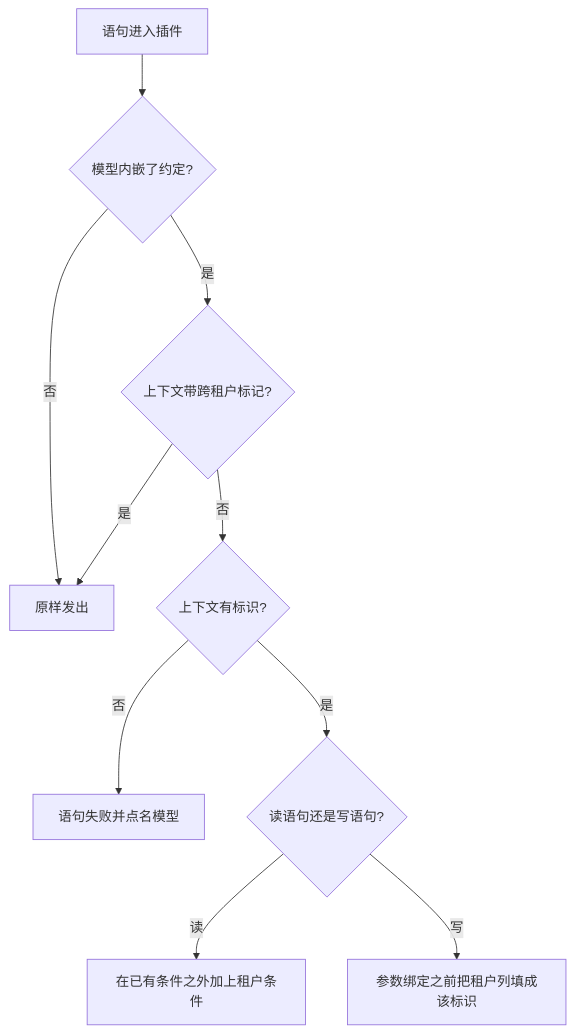
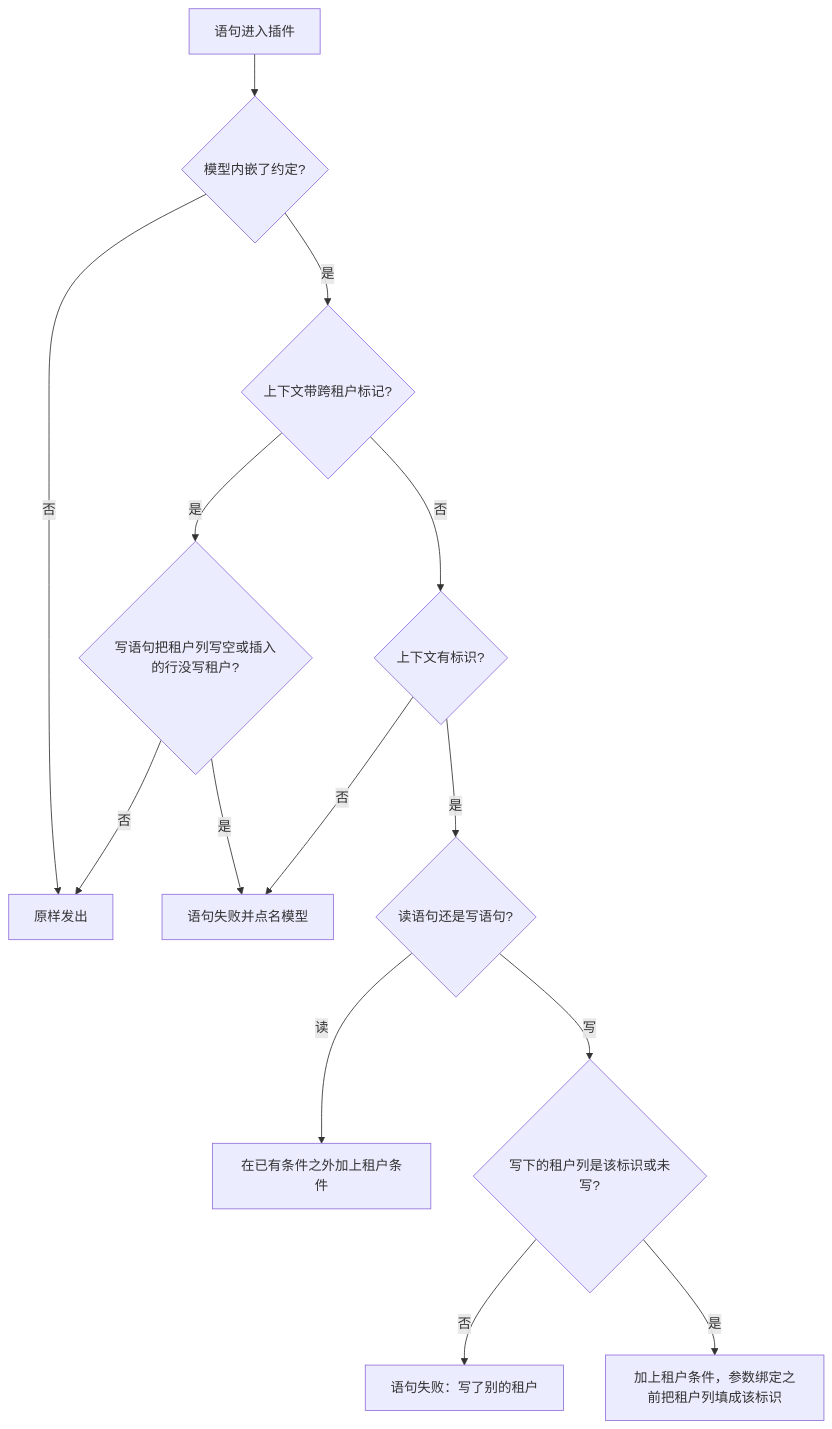
The fourth of 4 diagrams in docs/design/modules/design-tenant.md (wangzw/speed), drawn with Mermaid before and after one commit. The commit also changed other lines of this file and 6 other files, not shown here.

````diff
--- a/docs/design/modules/design-tenant.md
+++ b/docs/design/modules/design-tenant.md
@@ -374,12 +376,16 @@
 ```mermaid
 flowchart TD
     A[语句进入插件] --> B{模型内嵌了约定?}
     B -- 否 --> Z[原样发出]
     B -- 是 --> C{上下文带跨租户标记?}
-    C -- 是 --> Z
+    C -- 是 --> X{写语句把租户列写空或插入的行没写租户?}
+    X -- 否 --> Z
+    X -- 是 --> H
     C -- 否 --> D{上下文有标识?}
     D -- 否 --> H[语句失败并点名模型]
     D -- 是 --> E{读语句还是写语句?}
     E -- 读 --> F[在已有条件之外加上租户条件]
-    E -- 写 --> G[参数绑定之前把租户列填成该标识]
+    E -- 写 --> W{写下的租户列是该标识或未写?}
+    W -- 否 --> M[语句失败：写了别的租户]
+    W -- 是 --> G[加上租户条件，参数绑定之前把租户列填成该标识]
 ```
````
